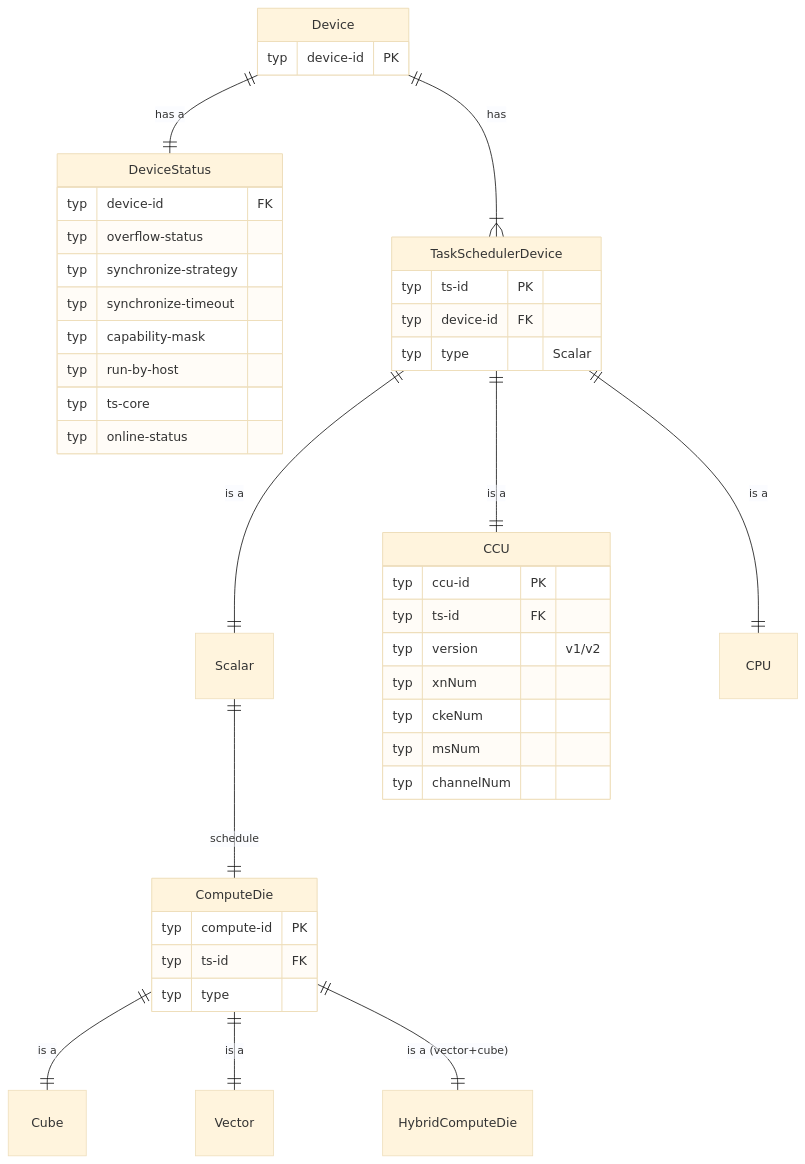
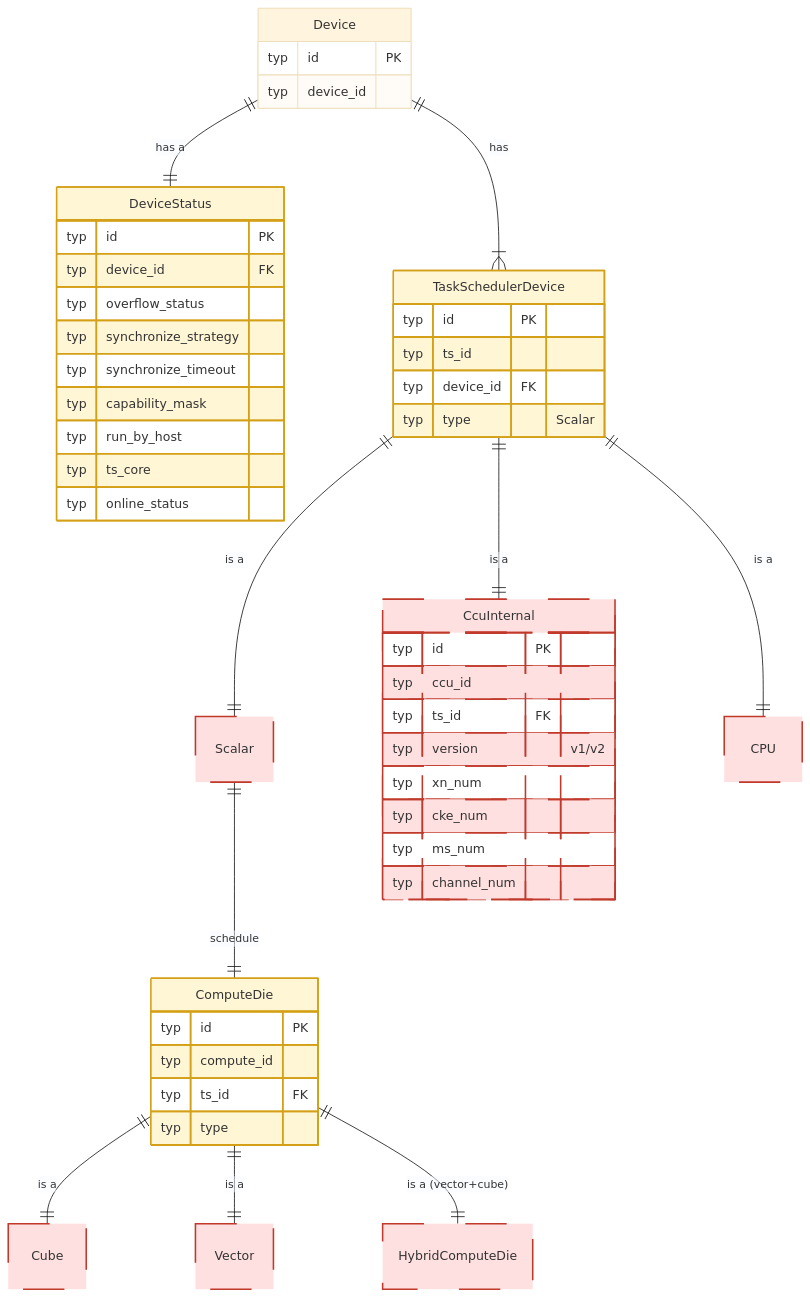
One commit to Fengfengst123/hcomm-mirror changed diagram 18 of 19 in test/hccl_vm/docs/simulator_runner_data_model.md. Above: the diagram before and after it, drawn with Mermaid (base theme). The commit also changed other lines of this file and 701 other files, not shown here.

````diff
--- a/test/hccl_vm/docs/simulator_runner_data_model.md
+++ b/test/hccl_vm/docs/simulator_runner_data_model.md
@@ -1645,58 +1969,78 @@
 ```mermaid
 erDiagram
 
+    %% 🧠 可进程私有：DeviceStatus（仅 src/proxy 访问）
     Device ||--|| DeviceStatus : "has a"
     Device ||--|{ TaskSchedulerDevice : "has "
     Device {
-        typ device-id PK
+        typ id PK
+        typ device_id
     }
     DeviceStatus {
-        typ device-id FK
-        typ overflow-status
-        typ synchronize-strategy
-        typ synchronize-timeout
-        typ capability-mask
-        typ run-by-host
-        typ ts-core
-        typ online-status
+        typ id PK
+        typ device_id FK
+        typ overflow_status
+        typ synchronize_strategy
+        typ synchronize_timeout
+        typ capability_mask
+        typ run_by_host
+        typ ts_core
+        typ online_status
     }
 
-    TaskSchedulerDevice  ||--|| Scalar :"is a"
-    TaskSchedulerDevice  ||--|| CCU :"is a"
-    TaskSchedulerDevice  ||--|| CPU :"is a"
+    %% Scalar/CcuInternal/CPU 由 TaskSchedulerDevice.type 判别（概念实体，不单独建表）
+    TaskSchedulerDevice ||--|| Scalar :"is a"
+    TaskSchedulerDevice ||--|| CcuInternal :"is a"
+    TaskSchedulerDevice ||--|| CPU :"is a"
     TaskSchedulerDevice {
-        typ ts-id PK
-        typ device-id FK
+        typ id PK
+        typ ts_id
+        typ device_id FK
         typ type "Scalar"
     }
 
    CPU {
-   }  
+       %% 概念实体：无独立字段，由 ComputeDie.type 判别
+   }
 
    Scalar ||--|| ComputeDie :"schedule"
    Scalar {
+       %% 概念实体：无独立字段，由 ComputeDie.type 判别
    }
 
-   CCU {
-        typ ccu-id PK
-        typ ts-id FK
+   CcuInternal {
+        typ id PK
+        typ ccu_id
+        typ ts_id FK
         typ version "v1/v2"
-        typ xnNum
-        typ ckeNum
-        typ msNum
-        typ channelNum
+        typ xn_num
+        typ cke_num
+        typ ms_num
+        typ channel_num
     }
 
-    ComputeDie  ||--|| Cube :"is a"
-    ComputeDie  ||--|| Vector :"is a"
-    ComputeDie  ||--|| HybridComputeDie :"is a  (vector+cube)"
+    %% Cube/Vector/HybridComputeDie 由 ComputeDie.type 判别（实现只建 ComputeDie 表）
+    ComputeDie ||--|| Cube :"is a"
+    ComputeDie ||--|| Vector :"is a"
+    ComputeDie ||--|| HybridComputeDie :"is a (vector+cube)"
     ComputeDie {
-        typ compute-id PK
-        typ ts-id FK
+        typ id PK
+        typ compute_id
+        typ ts_id FK
         typ type
-    }  
+    }
     Cube {
+        %% 概念实体：无独立字段，由 ComputeDie.type 判别
     }
     Vector {
+        %% 概念实体：无独立字段，由 ComputeDie.type 判别
     }
+    HybridComputeDie {
+        %% 概念实体：无独立字段，由 ComputeDie.type 判别
+    }
+
+    classDef unimplemented fill:#ffe0e0,stroke:#c0392b,stroke-width:2px,stroke-dasharray:5 3
+    classDef inproc fill:#fff6d6,stroke:#d4a017,stroke-width:2px
+    class CPU,Scalar,CcuInternal,Cube,Vector,HybridComputeDie unimplemented
+    class DeviceStatus,TaskSchedulerDevice,ComputeDie inproc
 ```
````
